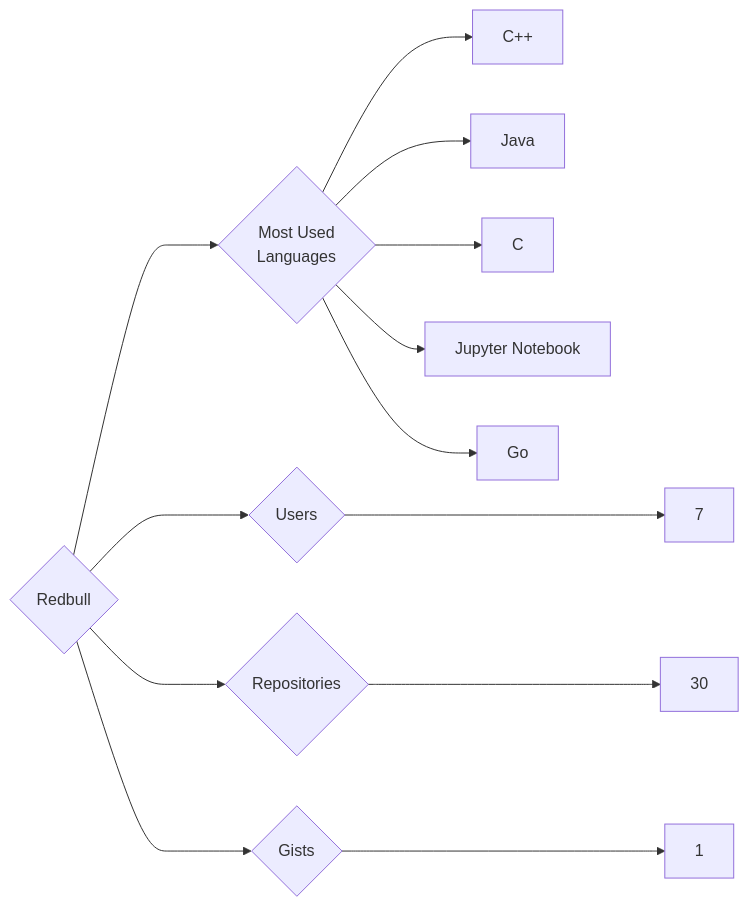
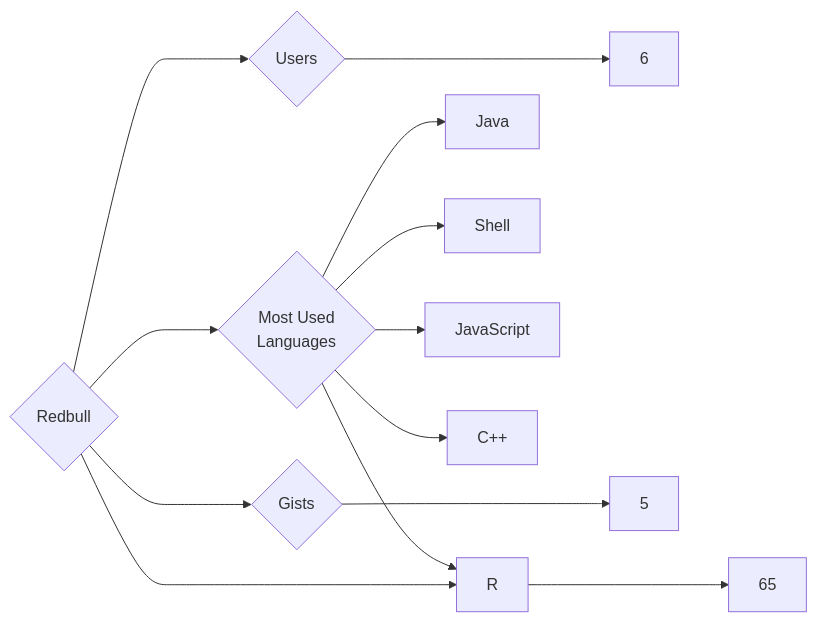
The diagram in targets/Redbull/README.md (trickest/insiders), drawn with Mermaid before and after one commit. The commit also changed 1479 other files, not shown here.

````diff
--- a/targets/Redbull/README.md
+++ b/targets/Redbull/README.md
@@ -3,13 +3,13 @@
 ```mermaid
 graph LR
 COMPANY_NAME{Redbull}
-COMPANY_NAME ---> U{Users} ---> UN[7]
-COMPANY_NAME ---> R{Repositories} ---> RN[30]
-COMPANY_NAME ---> G{Gists} ---> GN[1]
+COMPANY_NAME ---> U{Users} ---> UN[6]
+COMPANY_NAME ---> R{Repositories} ---> RN[65]
+COMPANY_NAME ---> G{Gists} ---> GN[5]
 COMPANY_NAME ---> ML{Most Used<br>Languages}
+ML --> Java[Java]
+ML --> Shell[Shell]
+ML --> R[R]
+ML --> JavaScript[JavaScript]
 ML --> C++[C++]
-ML --> Java[Java]
-ML --> C[C]
-ML --> Jupyter_Notebook[Jupyter Notebook]
-ML --> Go[Go]
 ```
````
